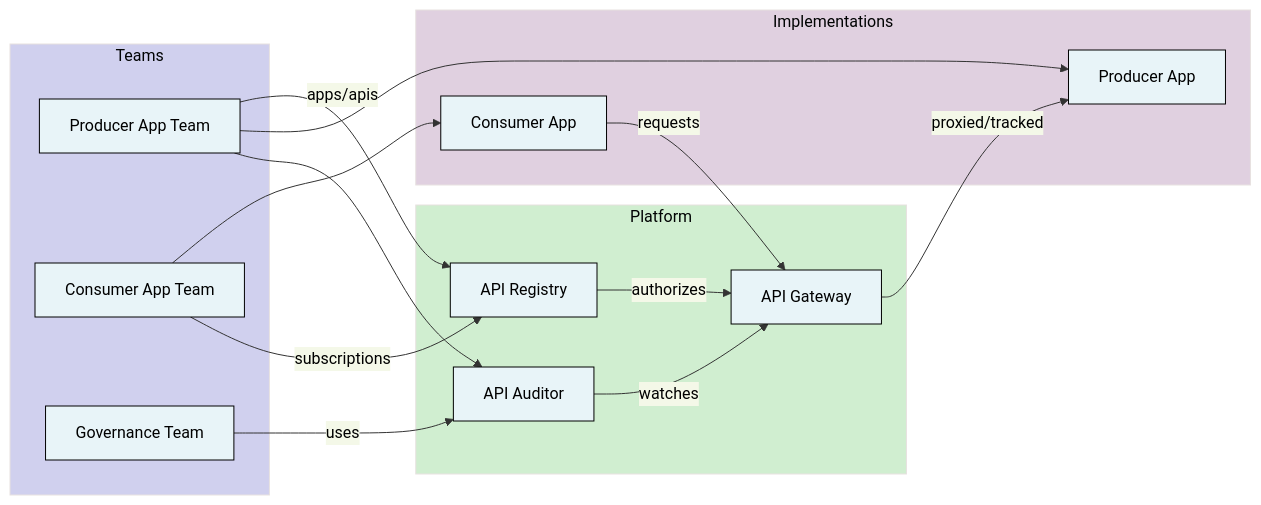
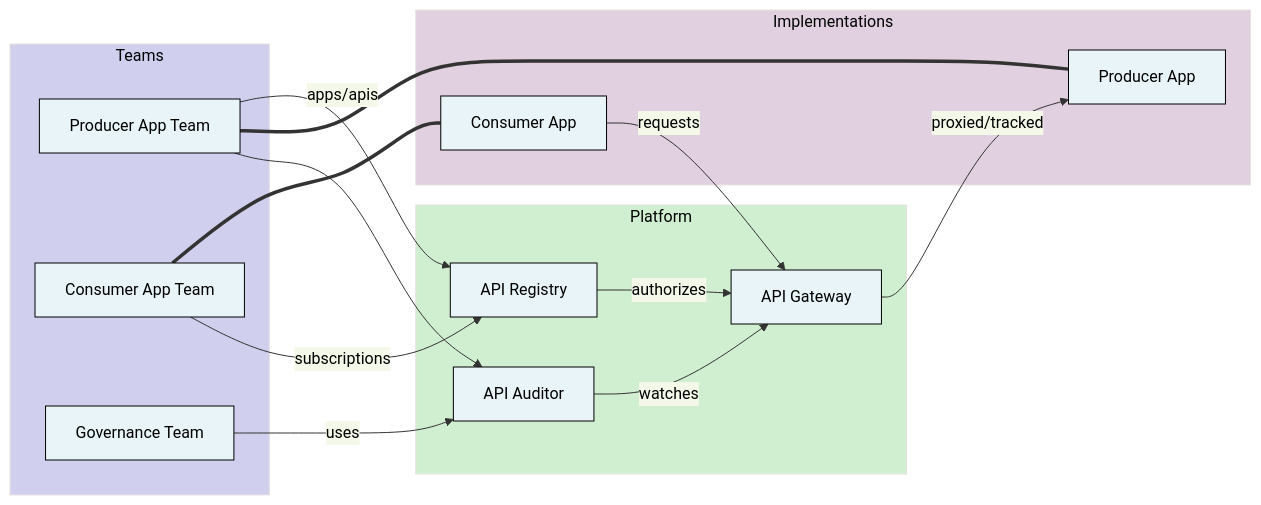
The first of 2 diagrams in README.md (barbecuesteve/api-governance), drawn with Mermaid before and after one commit. The commit also changed 1 other file, not shown here.

Commit message:
fixup diagrams

```diff
--- a/README.md
+++ b/README.md
@@ -87,35 +87,35 @@
 <pre class="mermaid">
 %%{init: {'theme':'base', 'themeVariables': { 'primaryColor':'#e8f4f8','primaryTextColor':'#000','primaryBorderColor':'#000','lineColor':'#333'}}}%%
 flowchart LR
     subgraph Teams
         TeamP[Producer App Team]
         TeamC[Consumer App Team]
         Admin[Governance Team]
     end
 
     subgraph Platform
         Registry[API Registry]
         Gateway[API Gateway]
         Auditor[API Auditor]
     end
 
     subgraph Implementations
         AppC[Consumer App]
         AppP[Producer App]
     end
 
     Registry -->|authorizes| Gateway
     Gateway -->|proxied/tracked| AppP
     AppC -->|requests| Gateway
     TeamP -->|apps/apis| Registry
-    TeamP --> AppP
-    TeamC --> AppC
+    TeamP === AppP
+    TeamC === AppC
     TeamC -->|subscriptions| Registry
     TeamP --> Auditor
     Admin -->|uses| Auditor
     Auditor -->|watches| Gateway
 
     style Platform fill:#D0EED0
     style Teams fill:#D0D0EE  
     style Implementations fill:#E0D0E0
 </pre>
```
